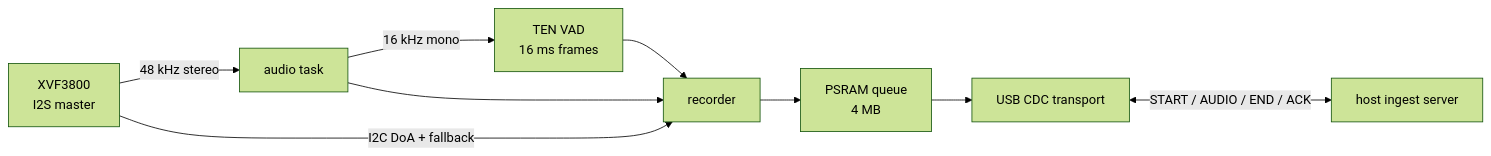
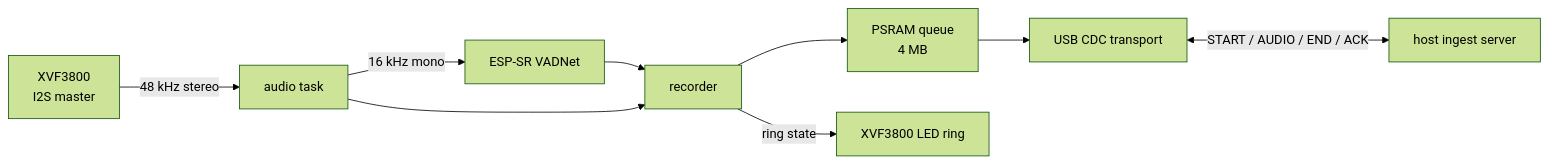
Before and after one commit to RakiDelmoro/conversation-recorder: the diagram in README.md, drawn with Mermaid (forest theme). The commit also changed other lines of this file and 36 other files, not shown here.

First line of the commit message:
refactor(firmware): drop TEN VAD fallbacks and add VU speech ring

````diff
--- a/README.md
+++ b/README.md
@@ -13,11 +13,11 @@
 ```mermaid
 flowchart LR
   X["XVF3800<br/>I2S master"] -->|"48 kHz stereo"| A["audio task"]
-  A -->|"16 kHz mono"| V["TEN VAD<br/>16 ms frames"]
+  A -->|"16 kHz mono"| V["ESP-SR VADNet"]
   V --> R["recorder"]
   A --> R
   R --> Q["PSRAM queue<br/>4 MB"]
   Q --> U["USB CDC transport"]
   U <-->|"START / AUDIO / END / ACK"| H["host ingest server"]
-  X -->|"I2C DoA + fallback"| R
+  R -->|"ring state"| L["XVF3800 LED ring"]
 ```
````
